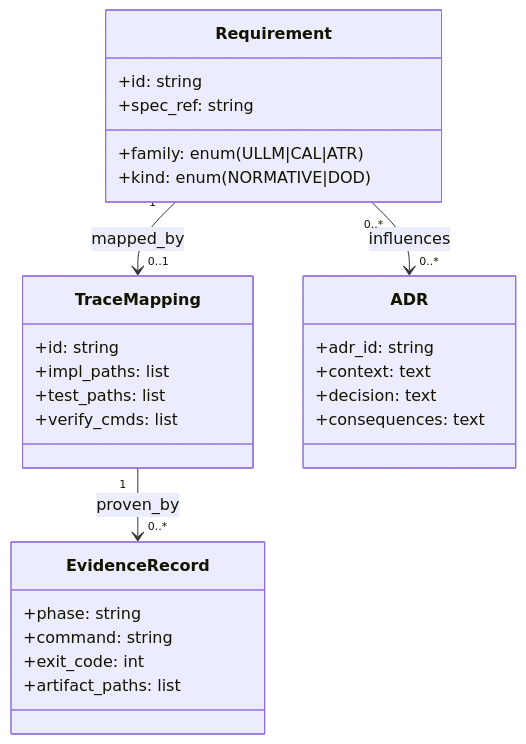
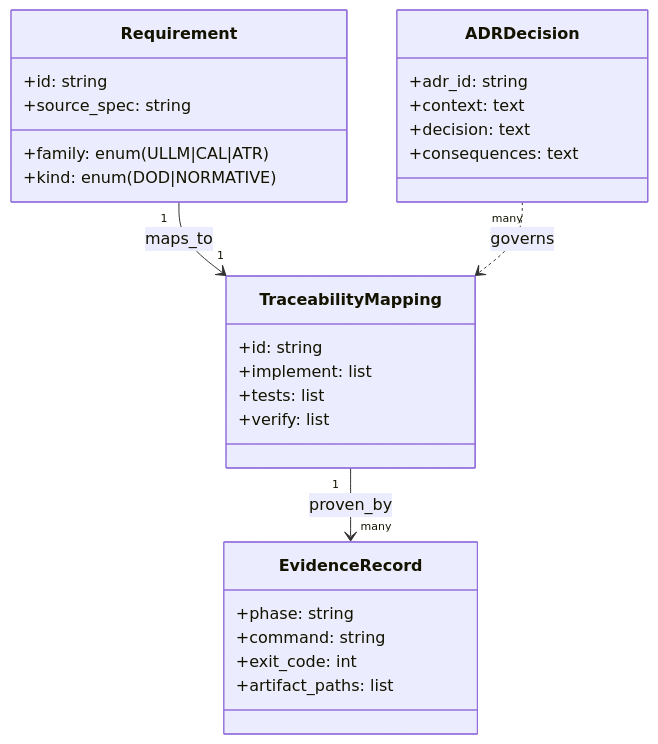
The first of 5 diagrams in docs/sprints/SPRINT-003-close-spec-parity-tcl.md (jaytaylor/attractor-tcl), drawn with Mermaid before and after one commit. The commit also changed other lines of this file, not shown here.

Commit message:
docs(sprint-003): sync close-spec parity completion with verified evidence

````diff
--- a/docs/sprints/SPRINT-003-close-spec-parity-tcl.md
+++ b/docs/sprints/SPRINT-003-close-spec-parity-tcl.md
@@ -2334,34 +998,30 @@
 ```mermaid
 classDiagram
-  class Requirement {
-    +id: string
-    +family: enum(ULLM|CAL|ATR)
-    +kind: enum(NORMATIVE|DOD)
-    +spec_ref: string
-  }
-
-  class TraceMapping {
-    +id: string
-    +impl_paths: list
-    +test_paths: list
-    +verify_cmds: list
-  }
-
-  class EvidenceRecord {
-    +phase: string
-    +command: string
-    +exit_code: int
-    +artifact_paths: list
-  }
-
-  class ADR {
-    +adr_id: string
-    +context: text
-    +decision: text
-    +consequences: text
-  }
-
-  Requirement "1" --> "0..1" TraceMapping : mapped_by
-  TraceMapping "1" --> "0..*" EvidenceRecord : proven_by
-  Requirement "0..*" --> "0..*" ADR : influences
+    class Requirement {
+      +id: string
+      +family: enum(ULLM|CAL|ATR)
+      +kind: enum(DOD|NORMATIVE)
+      +source_spec: string
+    }
+    class TraceabilityMapping {
+      +id: string
+      +implement: list
+      +tests: list
+      +verify: list
+    }
+    class EvidenceRecord {
+      +phase: string
+      +command: string
+      +exit_code: int
+      +artifact_paths: list
+    }
+    class ADRDecision {
+      +adr_id: string
+      +context: text
+      +decision: text
+      +consequences: text
+    }
+    Requirement "1" --> "1" TraceabilityMapping : maps_to
+    TraceabilityMapping "1" --> "many" EvidenceRecord : proven_by
+    ADRDecision "many" ..> TraceabilityMapping : governs
 ```
````
